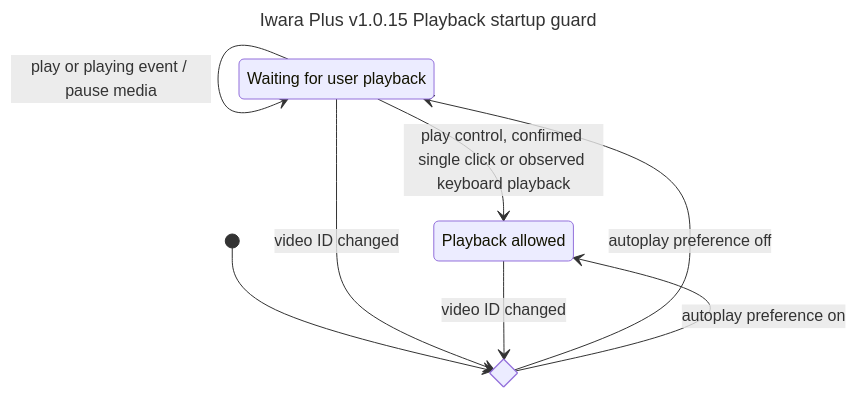
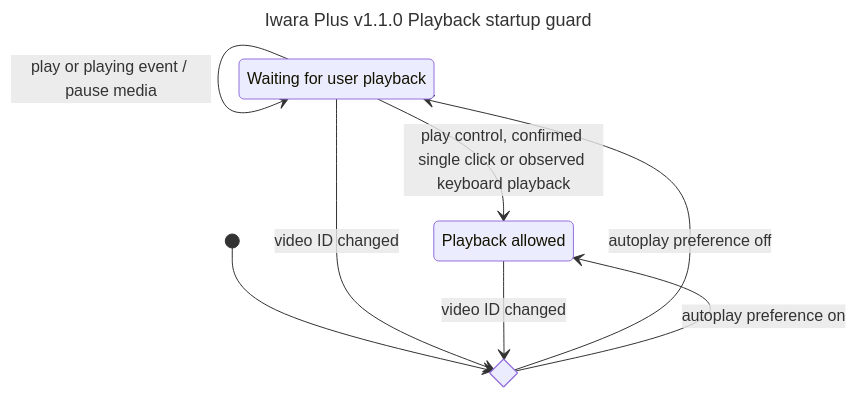
Before and after one commit to lhYanghc/iwara-plus: the third of 6 diagrams in docs/architecture.md, drawn with Mermaid. The commit also changed other lines of this file and 9 other files, not shown here.

````diff
--- a/docs/architecture.md
+++ b/docs/architecture.md
@@ -106,16 +110,16 @@
 ```mermaid
 ---
-title: Iwara Plus v1.0.15 Playback startup guard
+title: Iwara Plus v1.1.0 Playback startup guard
 ---
 stateDiagram-v2
     state "Waiting for user playback" as Guarded
     state "Playback allowed" as Allowed
     state Choice <<choice>>
     [*] --> Choice
     Choice --> Guarded : autoplay preference off
     Choice --> Allowed : autoplay preference on
     Guarded --> Guarded : play or playing event / pause media
     Guarded --> Allowed : play control, confirmed single click or observed keyboard playback
     Guarded --> Choice : video ID changed
     Allowed --> Choice : video ID changed
 ```
````
